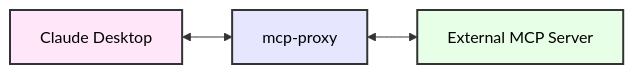
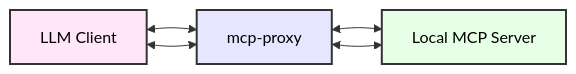
Before and after one commit to sparfenyuk/mcp-proxy: the diagram in README.md, drawn with Mermaid. The commit also changed other lines of this file and 2 other files, not shown here.

Commit message:
Add mcp-proxy main for starting the SSE server

````diff
--- a/README.md
+++ b/README.md
@@ -15,9 +16,12 @@
 ```mermaid
 graph LR
     A["Claude Desktop"] <--> B["mcp-proxy"]
     B <--> C["External MCP Server"]
 
+    A["LLM Client"] <--> B["mcp-proxy"]
+    B <--> C["Local MCP Server"]
+
     style A fill:#ffe6f9,stroke:#333,color:black,stroke-width:2px
     style B fill:#e6e6ff,stroke:#333,color:black,stroke-width:2px
     style C fill:#e6ffe6,stroke:#333,color:black,stroke-width:2px
 ```
````
